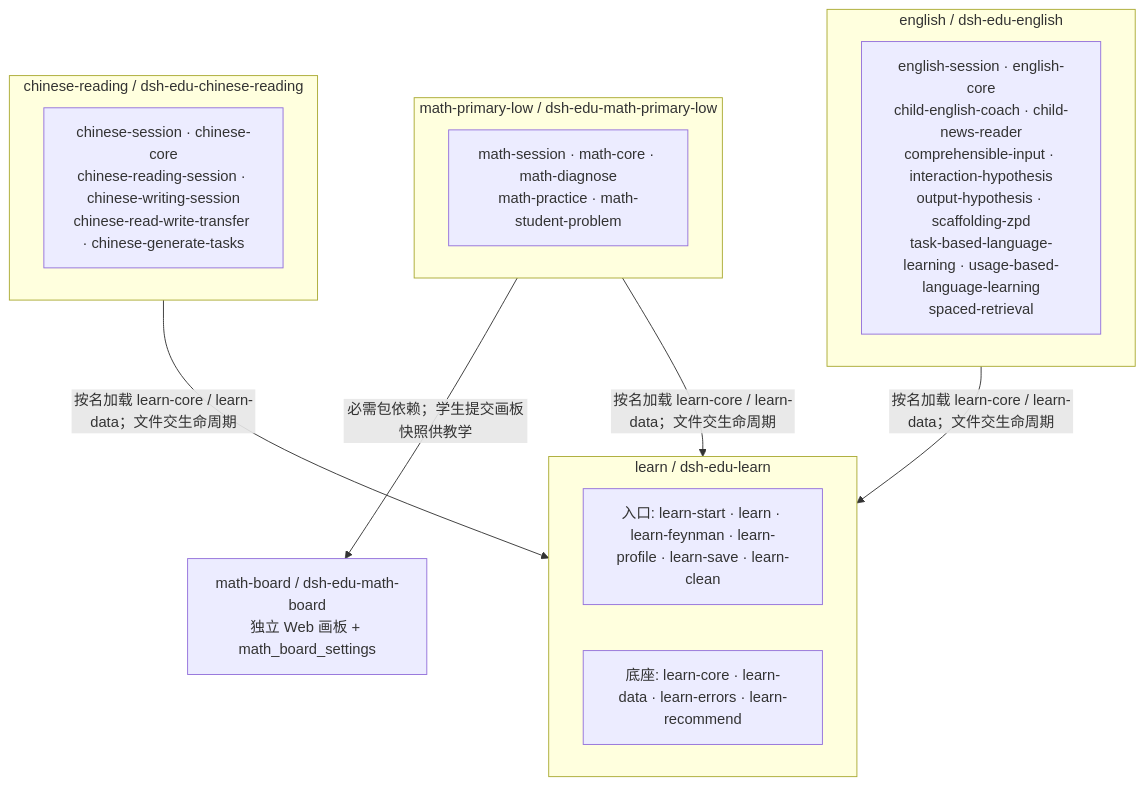
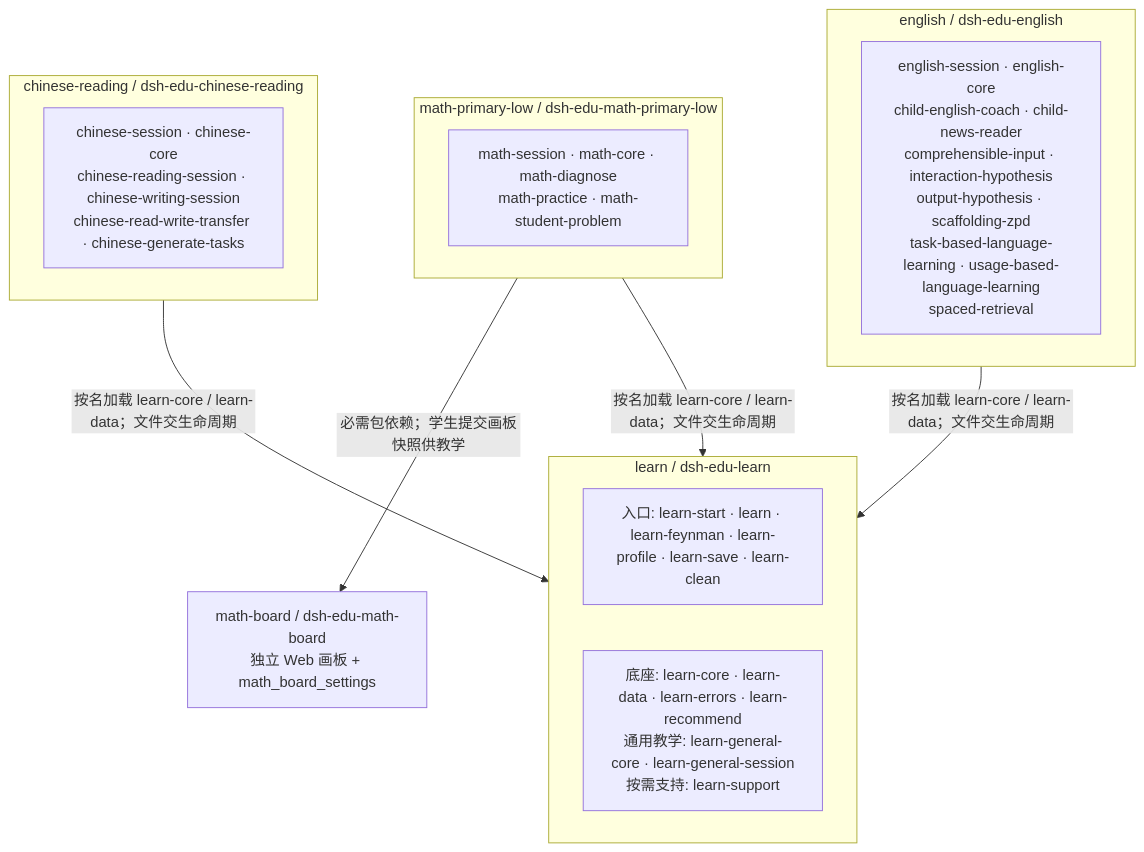
The first of 20 diagrams in docs/skill-map/call-graph.md (gengyabc/baicai-edu), drawn with Mermaid before and after one commit. The commit also changed other lines of this file and 45 other files, not shown here.

Commit message:
Add general teaching and evidence-aware learning support

````diff
--- a/docs/skill-map/call-graph.md
+++ b/docs/skill-map/call-graph.md
@@ -10,25 +10,25 @@
 ```mermaid
 flowchart TB
   subgraph learn_pkg["learn / dsh-edu-learn"]
     L_entries["入口: learn-start · learn · learn-feynman · learn-profile · learn-save · learn-clean"]
-    L_shared["底座: learn-core · learn-data · learn-errors · learn-recommend"]
+    L_shared["底座: learn-core · learn-data · learn-errors · learn-recommend<br/>通用教学: learn-general-core · learn-general-session<br/>按需支持: learn-support"]
   end
 
   subgraph math_pkg["math-primary-low / dsh-edu-math-primary-low"]
     M["math-session · math-core · math-diagnose<br/>math-practice · math-student-problem"]
   end
 
   subgraph chinese_pkg["chinese-reading / dsh-edu-chinese-reading"]
     C["chinese-session · chinese-core<br/>chinese-reading-session · chinese-writing-session<br/>chinese-read-write-transfer · chinese-generate-tasks"]
   end
 
   subgraph english_pkg["english / dsh-edu-english"]
     E["english-session · english-core<br/>child-english-coach · child-news-reader<br/>comprehensible-input · interaction-hypothesis<br/>output-hypothesis · scaffolding-zpd<br/>task-based-language-learning · usage-based-language-learning<br/>spaced-retrieval"]
   end
 
   MB["math-board / dsh-edu-math-board<br/>独立 Web 画板 + math_board_settings"]
   math_pkg -->|必需包依赖；学生提交画板快照供教学| MB
   math_pkg -->|按名加载 learn-core / learn-data；文件交生命周期| learn_pkg
   chinese_pkg -->|按名加载 learn-core / learn-data；文件交生命周期| learn_pkg
   english_pkg -->|按名加载 learn-core / learn-data；文件交生命周期| learn_pkg
 ```
````
